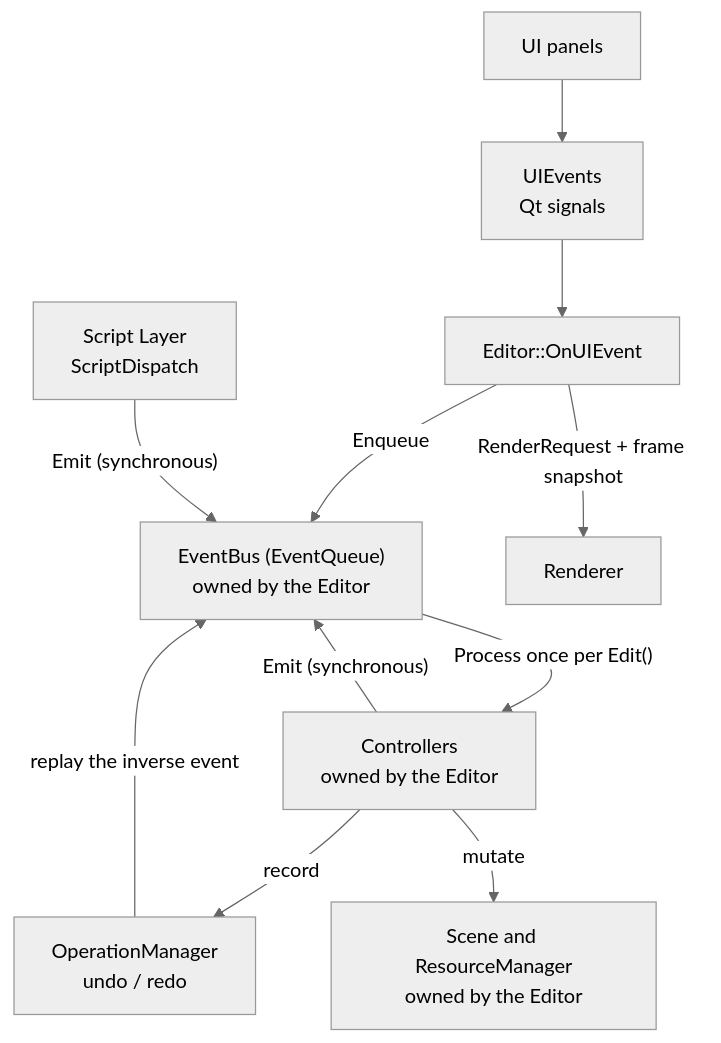
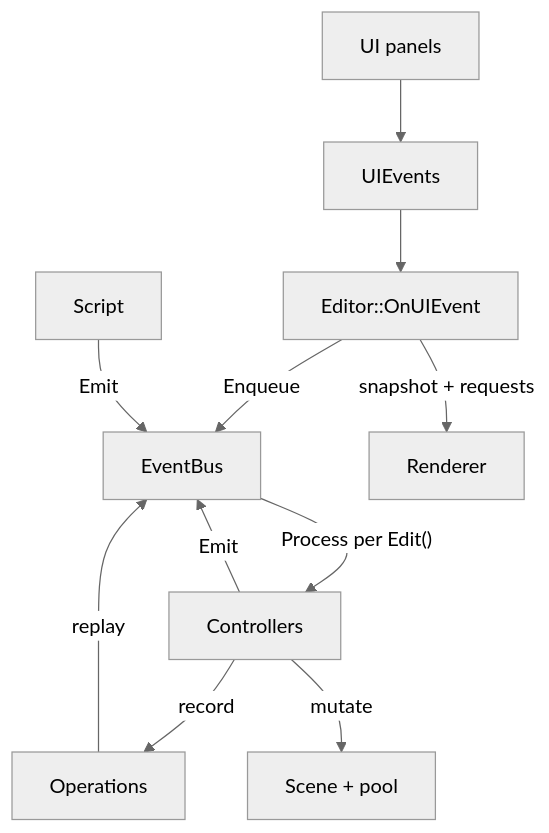
One commit to XDzZyq/Neurus changed the fourth of 5 diagrams in docs/architecture/overview.md. Above: the diagram before and after it, drawn with Mermaid (neutral theme). The commit also changed other lines of this file and 14 other files, not shown here.

First line of the commit message:
docs(diagrams): cut node labels to two short lines

````diff
--- a/docs/architecture/overview.md
+++ b/docs/architecture/overview.md
@@ -60,13 +60,13 @@
 ```mermaid
 flowchart TD
-    ui["UI panels"] --> uiEvents["UIEvents<br/>Qt signals"]
+    ui["UI panels"] --> uiEvents["UIEvents"]
     uiEvents --> onUIEvent["Editor::OnUIEvent"]
-    onUIEvent -->|"Enqueue"| bus["EventBus (EventQueue)<br/>owned by the Editor"]
-    bus -->|"Process once per Edit()"| controllers["Controllers<br/>owned by the Editor"]
-    controllers -->|"Emit (synchronous)"| bus
-    script["Script Layer<br/>ScriptDispatch"] -->|"Emit (synchronous)"| bus
-    controllers -->|"record"| ops["OperationManager<br/>undo / redo"]
-    ops -->|"replay the inverse event"| bus
-    controllers -->|"mutate"| scene["Scene and ResourceManager<br/>owned by the Editor"]
-    onUIEvent -->|"RenderRequest + frame snapshot"| renderer["Renderer"]
+    onUIEvent -->|"Enqueue"| bus["EventBus"]
+    bus -->|"Process per Edit()"| controllers["Controllers"]
+    controllers -->|"Emit"| bus
+    script["Script"] -->|"Emit"| bus
+    controllers -->|"record"| ops["Operations"]
+    ops -->|"replay"| bus
+    controllers -->|"mutate"| scene["Scene + pool"]
+    onUIEvent -->|"snapshot + requests"| renderer["Renderer"]
 ```
````
